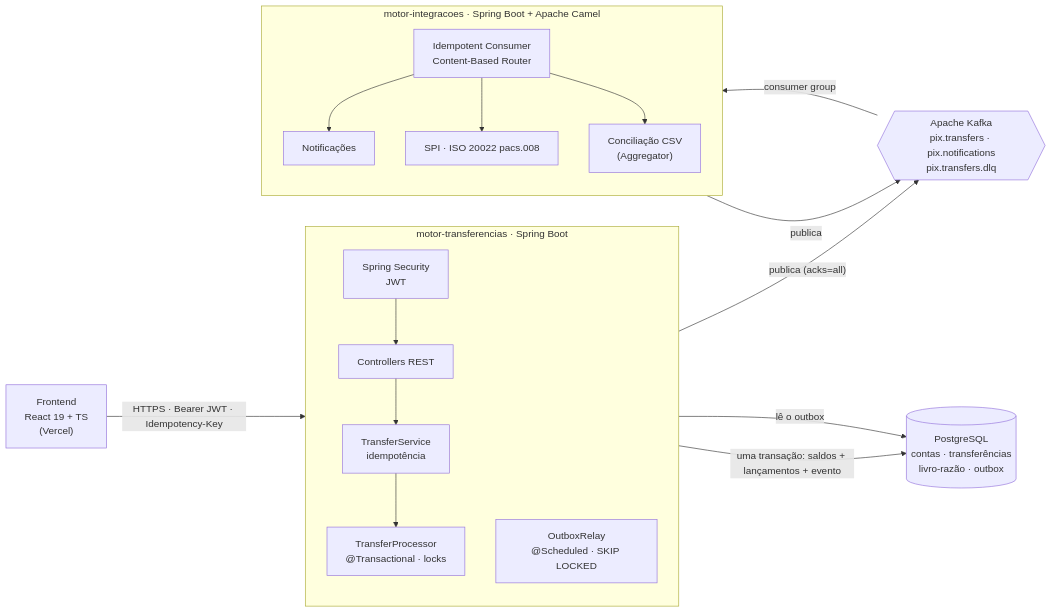
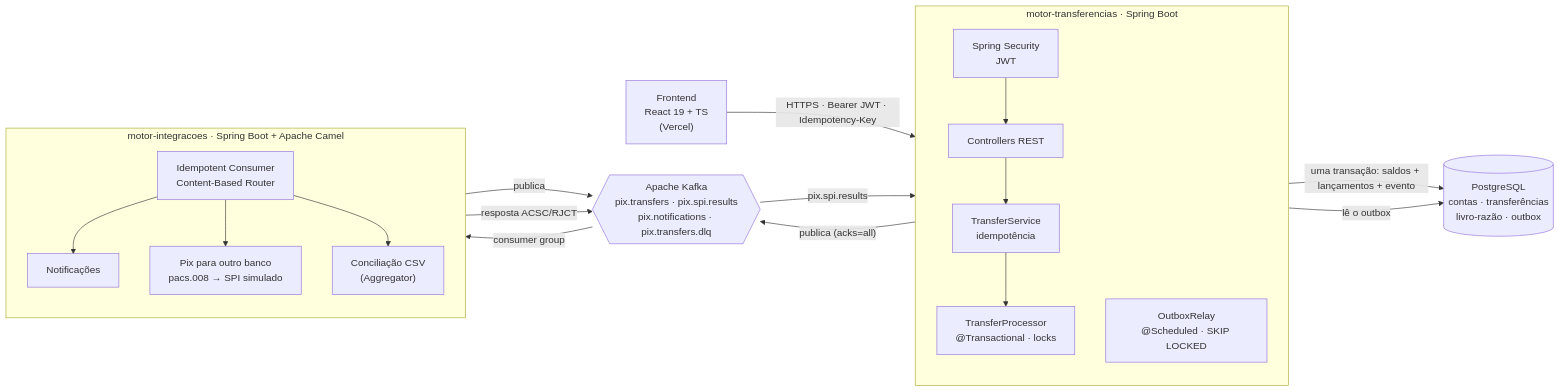
Before and after one commit to leonardobarrosx/motor-transferencias: the first of 5 diagrams in README.md, drawn with Mermaid. The commit also changed other lines of this file and 51 other files, not shown here.

First line of the commit message:
Pix para outro banco como saga: PENDING com reserva, pacs.008 ao SPI e resposta pelo Kafka [skip ci]

````diff
--- a/README.md
+++ b/README.md
@@ -99,29 +101,31 @@
 ```mermaid
 flowchart LR
     WEB["Frontend<br/>React 19 + TS<br/>(Vercel)"]
 
     subgraph core["motor-transferencias · Spring Boot"]
         direction TB
         SEC["Spring Security<br/>JWT"] --> C["Controllers REST"]
         C --> S["TransferService<br/>idempotência"] --> P["TransferProcessor<br/>@Transactional · locks"]
         RELAY["OutboxRelay<br/>@Scheduled · SKIP LOCKED"]
     end
 
     DB[("PostgreSQL<br/>contas · transferências<br/>livro-razão · outbox")]
-    K{{"Apache Kafka<br/>pix.transfers · pix.notifications<br/>pix.transfers.dlq"}}
+    K{{"Apache Kafka<br/>pix.transfers · pix.spi.results<br/>pix.notifications · pix.transfers.dlq"}}
 
     subgraph integ["motor-integracoes · Spring Boot + Apache Camel"]
         direction TB
         R1["Idempotent Consumer<br/>Content-Based Router"]
         R1 --> N["Notificações"]
-        R1 --> SPI["SPI · ISO 20022 pacs.008"]
+        R1 --> SPI["Pix para outro banco<br/>pacs.008 → SPI simulado"]
         R1 --> CON["Conciliação CSV<br/>(Aggregator)"]
     end
 
     WEB -- "HTTPS · Bearer JWT · Idempotency-Key" --> SEC
     P -- "uma transação: saldos + lançamentos + evento" --> DB
     RELAY -- "lê o outbox" --> DB
     RELAY -- "publica (acks=all)" --> K
     K -- "consumer group" --> R1
     N -- "publica" --> K
+    SPI -- "resposta ACSC/RJCT" --> K
+    K -- "pix.spi.results" --> P
 ```
````
